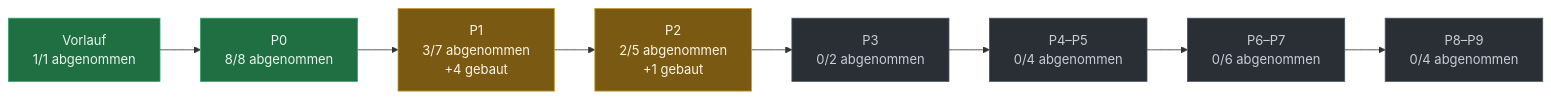
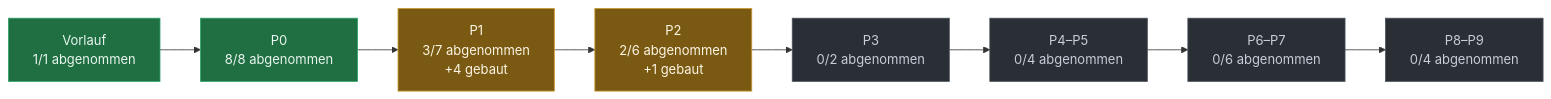
One commit to evenacadia-tech/Nakama changed the diagram in docs/PLAN-STAND.md. Above: the diagram before and after it, drawn with Mermaid. The commit also changed other lines of this file and 2 other files, not shown here.

````diff
--- a/docs/PLAN-STAND.md
+++ b/docs/PLAN-STAND.md
@@ -40,21 +40,21 @@
 ```mermaid
 flowchart LR
   P0["Vorlauf<br/>1/1 abgenommen"]:::fertig
   P1["P0<br/>8/8 abgenommen"]:::fertig
   P0 --> P1
   P2["P1<br/>3/7 abgenommen<br/>+4 gebaut"]:::laeuft
   P1 --> P2
-  P3["P2<br/>2/5 abgenommen<br/>+1 gebaut"]:::laeuft
+  P3["P2<br/>2/6 abgenommen<br/>+1 gebaut"]:::laeuft
   P2 --> P3
   P4["P3<br/>0/2 abgenommen"]:::offen
   P3 --> P4
   P5["P4–P5<br/>0/4 abgenommen"]:::offen
   P4 --> P5
   P6["P6–P7<br/>0/6 abgenommen"]:::offen
   P5 --> P6
   P7["P8–P9<br/>0/4 abgenommen"]:::offen
   P6 --> P7
   classDef fertig fill:#1f6f43,stroke:#2ea36a,color:#eaf6ef
   classDef laeuft fill:#7a5a12,stroke:#c99a2e,color:#fdf6e6
   classDef offen  fill:#2a2f36,stroke:#4a525c,color:#c7ced8
 ```
````
